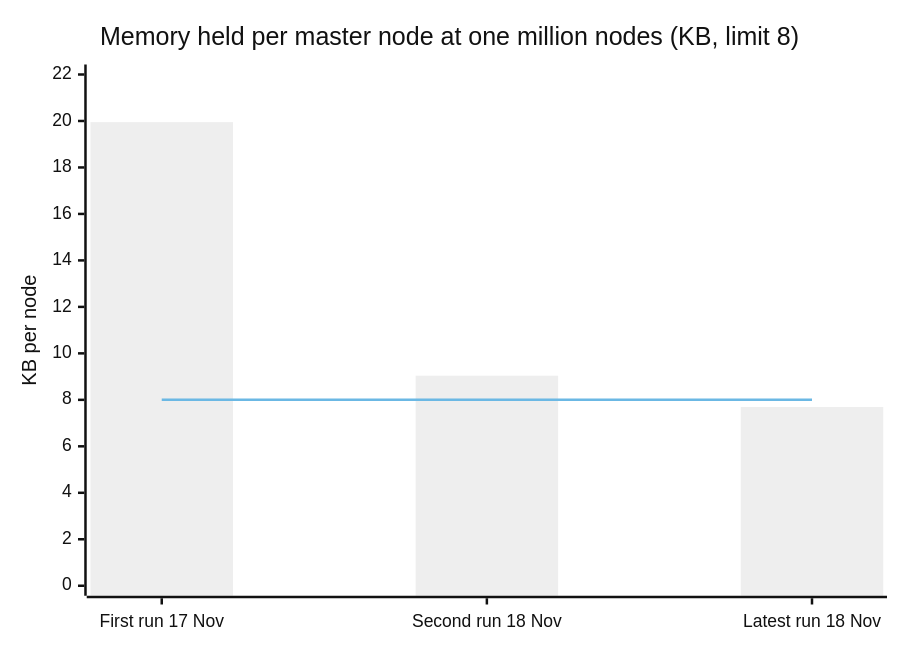
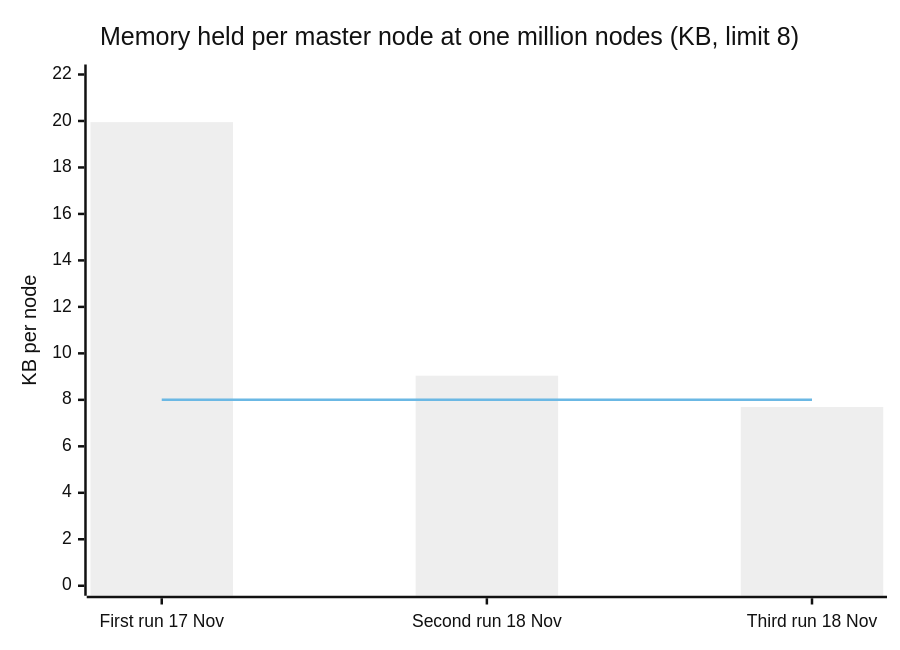
One commit to abossard/sattle changed the fourth of 4 diagrams in README.md. Above: the diagram before and after it, drawn with Mermaid (neutral theme). The commit also changed other lines of this file and 164 other files, not shown here.

````diff
--- a/README.md
+++ b/README.md
@@ -352,8 +370,8 @@
   ```mermaid
   xychart-beta
     title "Memory held per master node at one million nodes (KB, limit 8)"
-    x-axis ["First run 17 Nov", "Second run 18 Nov", "Latest run 18 Nov"]
+    x-axis ["First run 17 Nov", "Second run 18 Nov", "Third run 18 Nov"]
     y-axis "KB per node" 0 --> 22
     bar [19.95, 9.04, 7.69]
     line [8, 8, 8]
   ```
````
